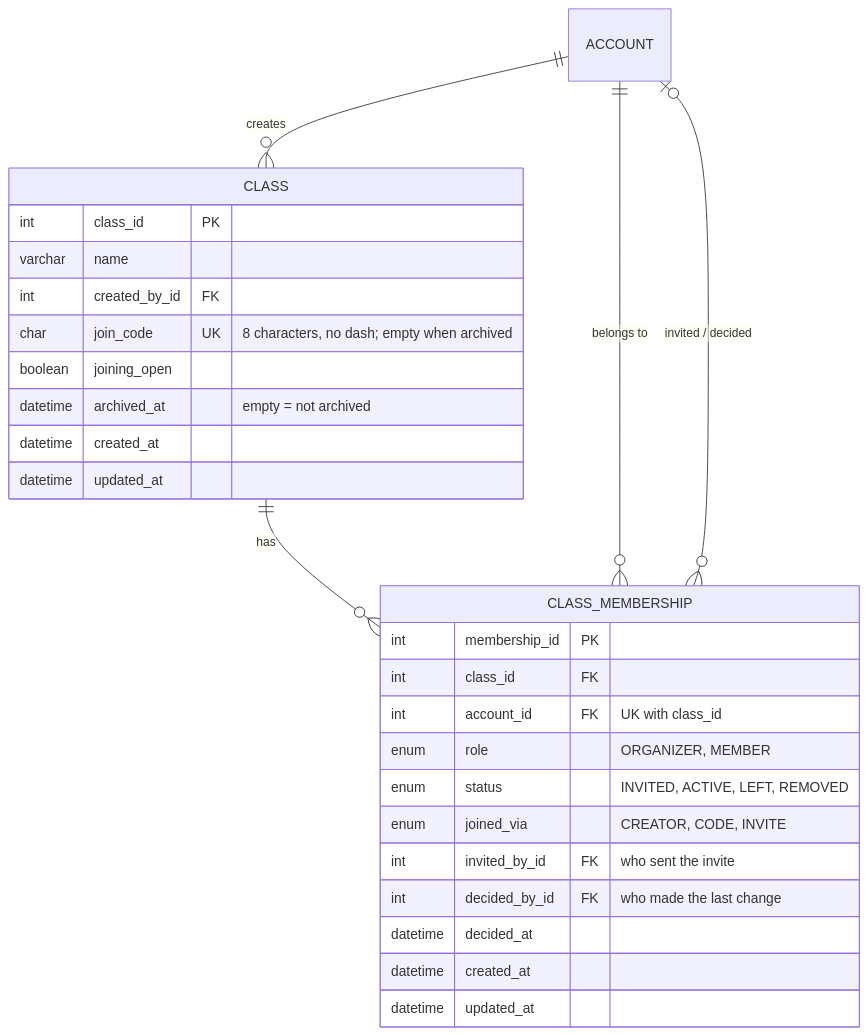
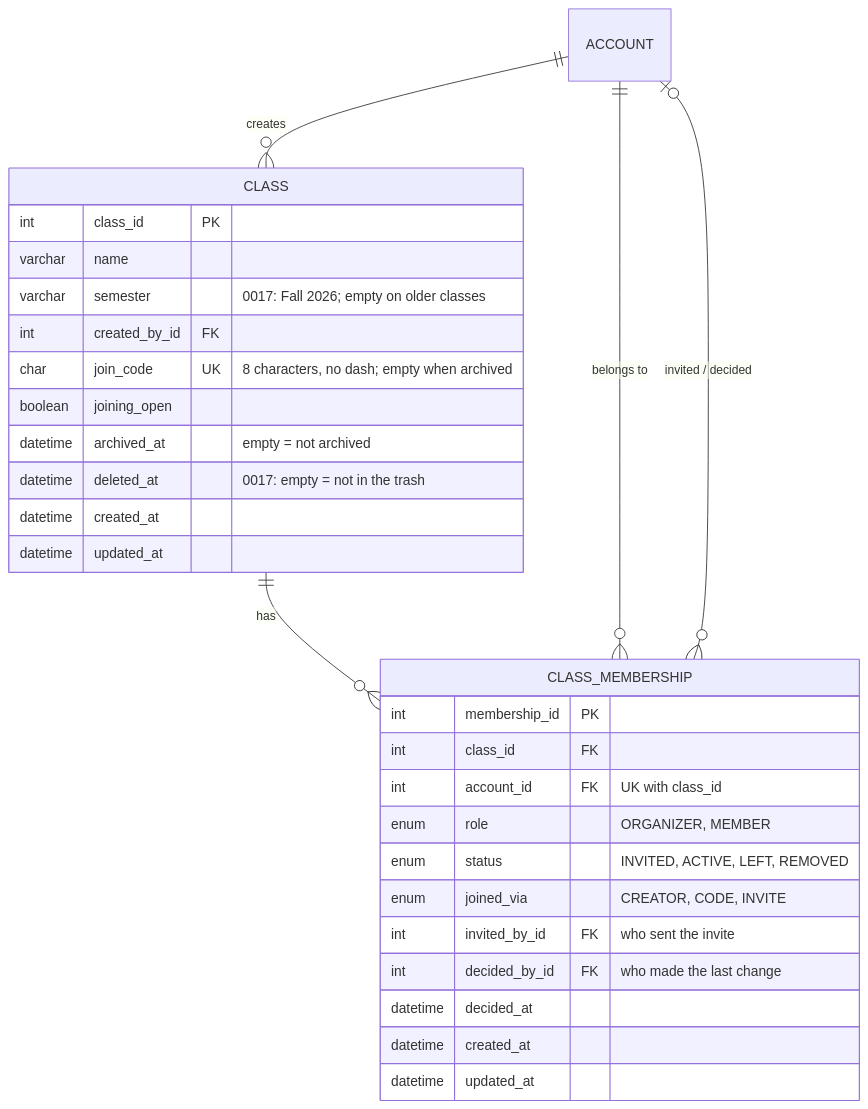
Before and after one commit to sudo-nickPinto/CS440-Quiz-Platform: the second of 3 diagrams in ulugbek-err/ER_Diagram.md, drawn with Mermaid. The commit also changed other lines of this file and 3 other files, not shown here.

````diff
--- a/ulugbek-err/ER_Diagram.md
+++ b/ulugbek-err/ER_Diagram.md
@@ -181,31 +183,33 @@
 ```mermaid
 erDiagram
     ACCOUNT ||--o{ "CLASS" : creates
     "CLASS" ||--o{ "CLASS_MEMBERSHIP" : has
     ACCOUNT ||--o{ "CLASS_MEMBERSHIP" : "belongs to"
     ACCOUNT |o--o{ "CLASS_MEMBERSHIP" : "invited / decided"
 
     "CLASS" {
         int class_id PK
         varchar name
+        varchar semester "0017: Fall 2026; empty on older classes"
         int created_by_id FK
         char join_code UK "8 characters, no dash; empty when archived"
         boolean joining_open
         datetime archived_at "empty = not archived"
+        datetime deleted_at "0017: empty = not in the trash"
         datetime created_at
         datetime updated_at
     }
     "CLASS_MEMBERSHIP" {
         int membership_id PK
         int class_id FK
         int account_id FK "UK with class_id"
         enum role "ORGANIZER, MEMBER"
         enum status "INVITED, ACTIVE, LEFT, REMOVED"
         enum joined_via "CREATOR, CODE, INVITE"
         int invited_by_id FK "who sent the invite"
         int decided_by_id FK "who made the last change"
         datetime decided_at
         datetime created_at
         datetime updated_at
     }
 ```
````
